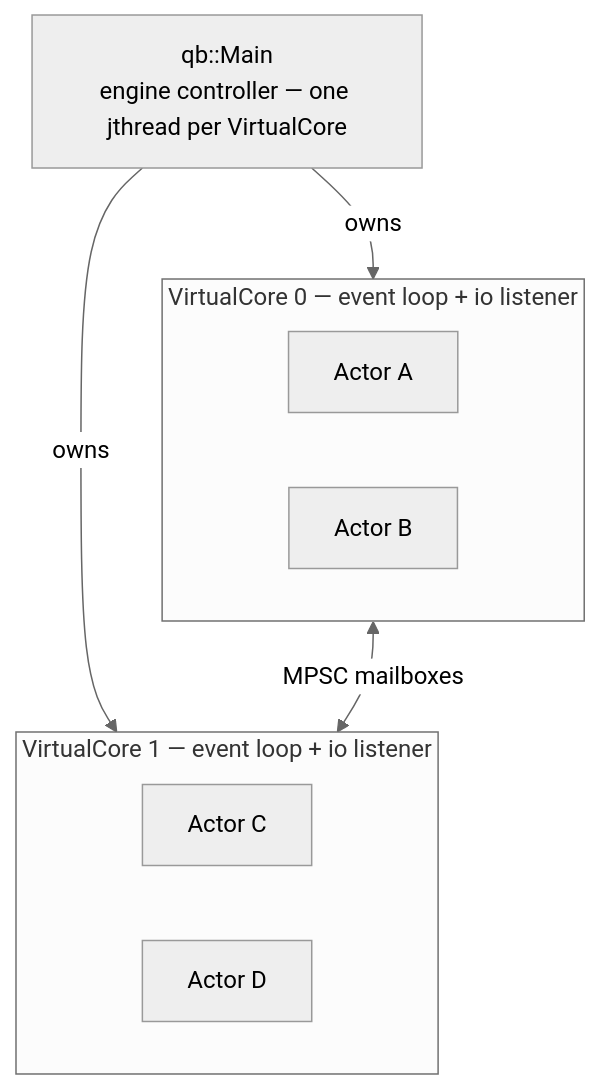
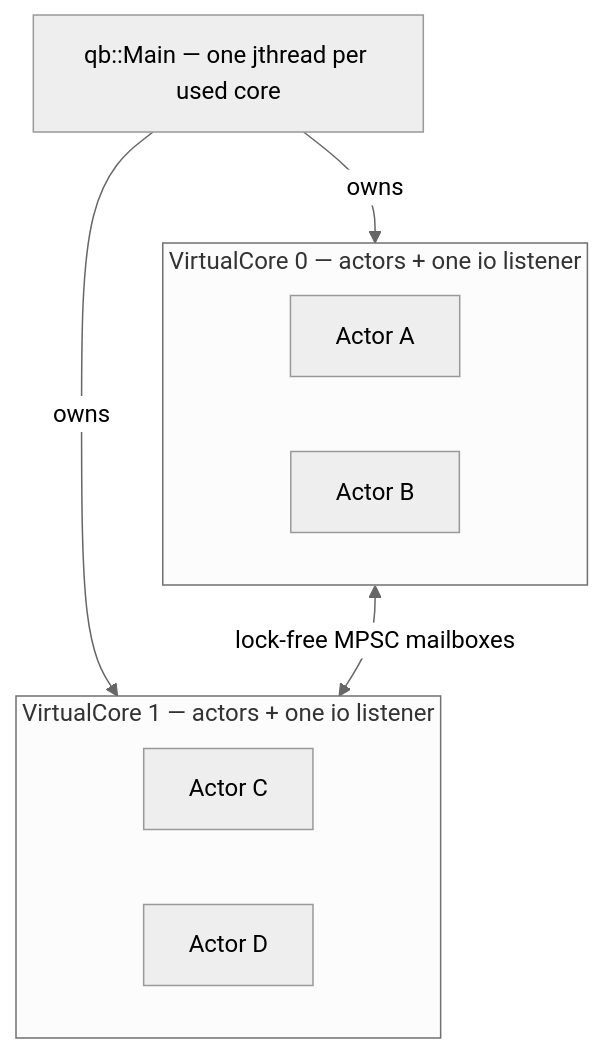
One commit to isndev/qb changed the diagram in readme/4_qb_core/README.md. Above: the diagram before and after it, drawn with Mermaid (neutral theme). The commit also changed other lines of this file and 16 other files, not shown here.

````diff
--- a/readme/4_qb_core/README.md
+++ b/readme/4_qb_core/README.md
@@ -24,15 +15,15 @@
 ```mermaid
 flowchart TB
-    M["qb::Main<br/>engine controller — one jthread per VirtualCore"]
+    M["qb::Main — one jthread per used core"]
     M -- owns --> VC0
     M -- owns --> VC1
-    subgraph VC0["VirtualCore 0 — event loop + io listener"]
+    subgraph VC0["VirtualCore 0 — actors + one io listener"]
         A["Actor A"]
         B["Actor B"]
     end
-    subgraph VC1["VirtualCore 1 — event loop + io listener"]
+    subgraph VC1["VirtualCore 1 — actors + one io listener"]
         C["Actor C"]
         D["Actor D"]
     end
-    VC0 <-- "MPSC mailboxes" --> VC1
+    VC0 <-- "lock-free MPSC mailboxes" --> VC1
 ```
````
